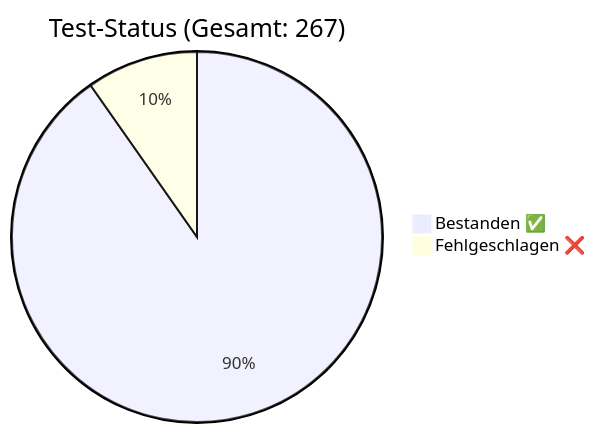
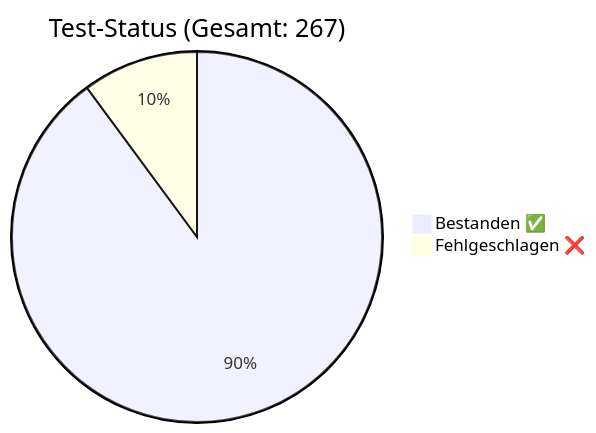
One commit to rorila/GCS changed the diagram in docs/QA_Report.md. Above: the diagram before and after it, drawn with Mermaid. The commit also changed other lines of this file and 12 other files, not shown here.

````diff
--- a/docs/QA_Report.md
+++ b/docs/QA_Report.md
@@ -8,5 +8,5 @@
 ```mermaid
 pie title Test-Status (Gesamt: 267)
-    "Bestanden ✅" : 241
-    "Fehlgeschlagen ❌" : 26
+    "Bestanden ✅" : 240
+    "Fehlgeschlagen ❌" : 27
 ```
````
